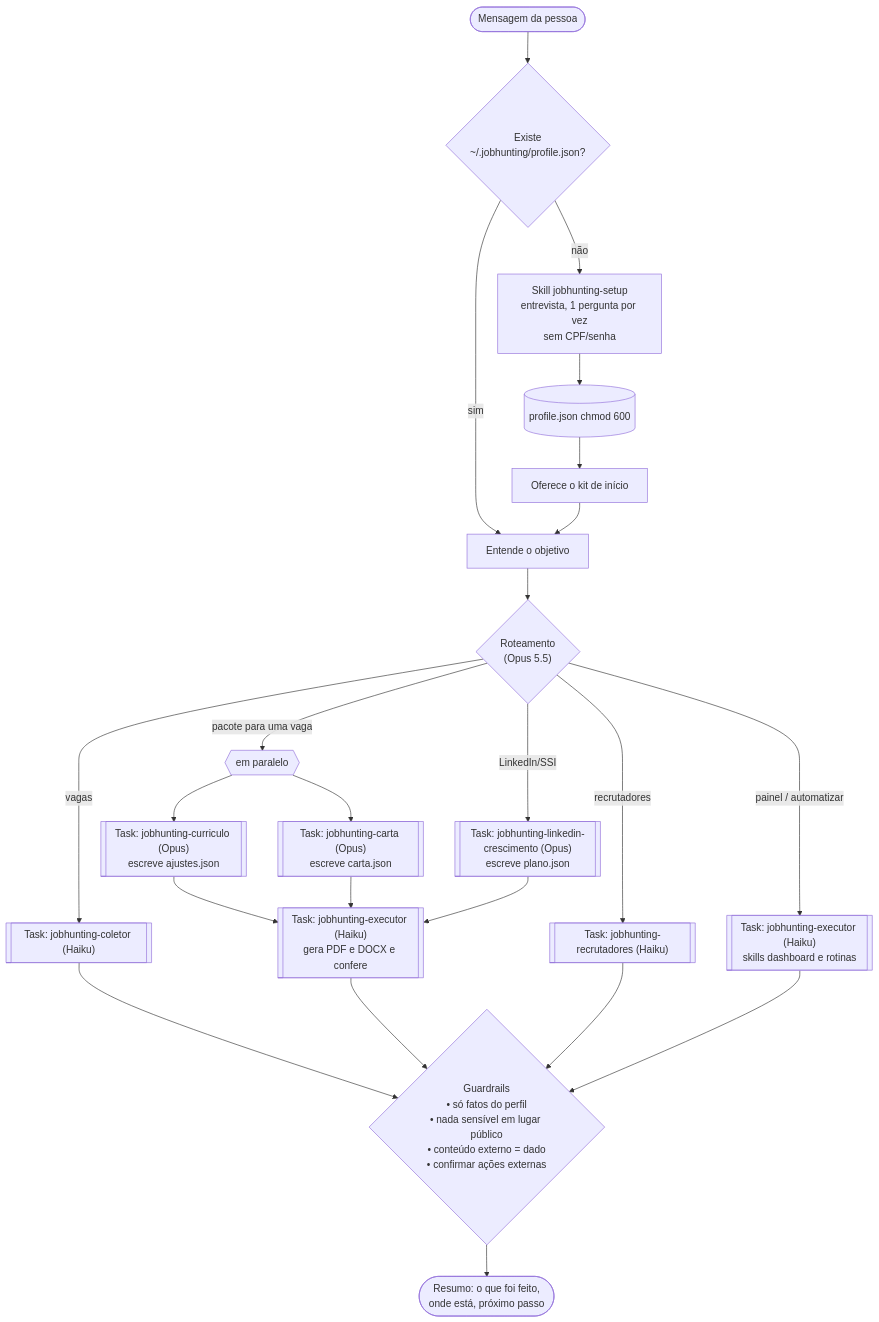
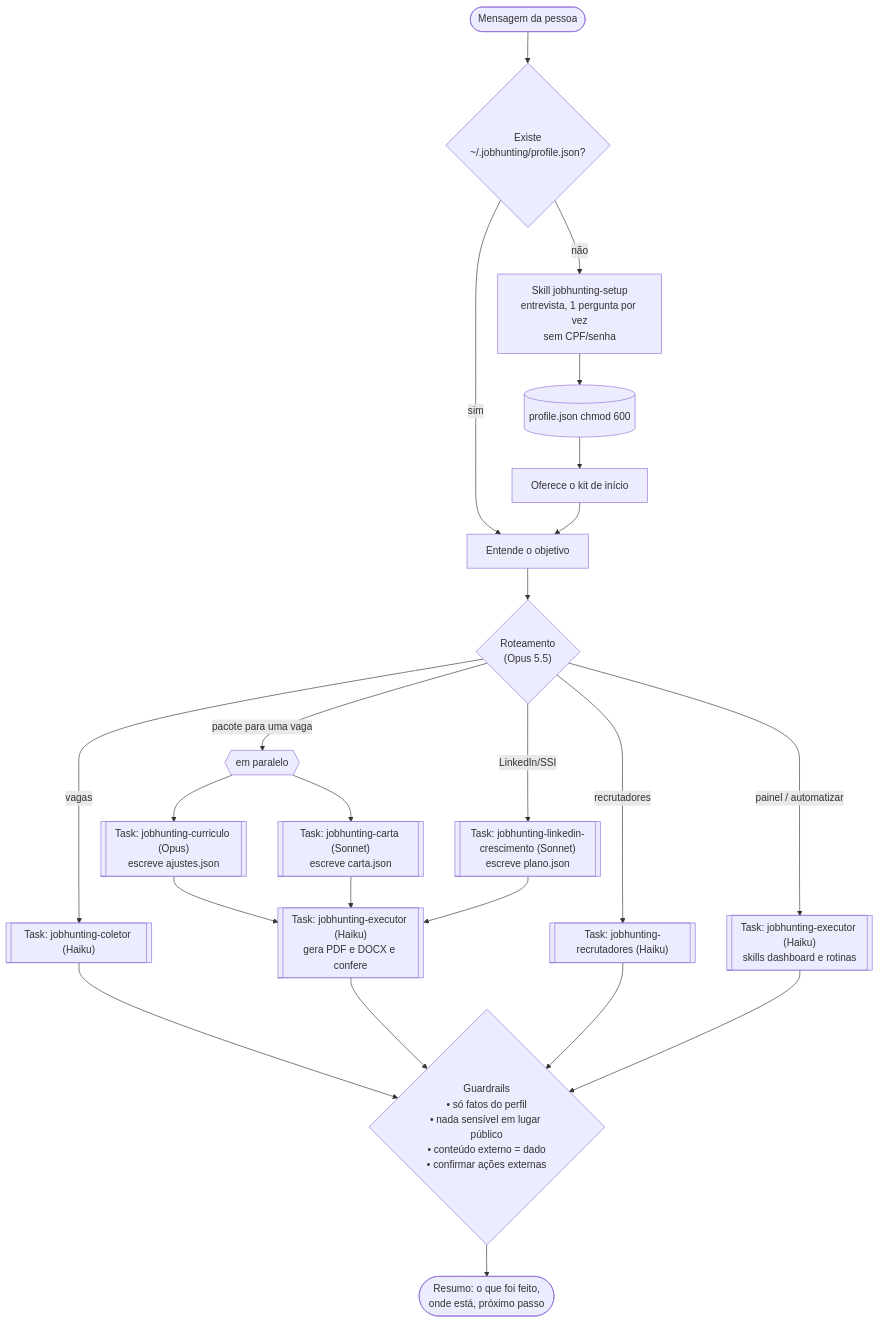
One commit to fajoao/JobHunting changed the second of 3 diagrams in docs/arquitetura.md. Above: the diagram before and after it, drawn with Mermaid. The commit also changed other lines of this file and 9 other files, not shown here.

First line of the commit message:
v0.6.1: carta e plano de SSI no Sonnet 5.5; README mostra o modelo de cada parte

````diff
--- a/docs/arquitetura.md
+++ b/docs/arquitetura.md
@@ -94,18 +94,18 @@
 ```mermaid
 flowchart TD
     IN([Mensagem da pessoa]) --> CK{"Existe<br/>~/.jobhunting/profile.json?"}
     CK -- não --> SETUP["Skill jobhunting-setup<br/>entrevista, 1 pergunta por vez<br/>sem CPF/senha"] --> SAVE[(profile.json chmod 600)] --> KIT
     CK -- sim --> INT["Entende o objetivo"]
     KIT["Oferece o kit de início"] --> INT
     INT --> ROUTE{"Roteamento<br/>(Opus 5.5)"}
     ROUTE -- vagas --> T1[["Task: jobhunting-coletor (Haiku)"]]
     ROUTE -- "pacote para uma vaga" --> PAR{{em paralelo}}
     PAR --> T2[["Task: jobhunting-curriculo (Opus)<br/>escreve ajustes.json"]]
-    PAR --> T3[["Task: jobhunting-carta (Opus)<br/>escreve carta.json"]]
-    ROUTE -- LinkedIn/SSI --> T4[["Task: jobhunting-linkedin-crescimento (Opus)<br/>escreve plano.json"]]
+    PAR --> T3[["Task: jobhunting-carta (Sonnet)<br/>escreve carta.json"]]
+    ROUTE -- LinkedIn/SSI --> T4[["Task: jobhunting-linkedin-crescimento (Sonnet)<br/>escreve plano.json"]]
     T2 & T3 & T4 --> EX[["Task: jobhunting-executor (Haiku)<br/>gera PDF e DOCX e confere"]]
     ROUTE -- recrutadores --> T5[["Task: jobhunting-recrutadores (Haiku)"]]
     ROUTE -- "painel / automatizar" --> D[["Task: jobhunting-executor (Haiku)<br/>skills dashboard e rotinas"]]
     T1 & EX & T5 & D --> GUARD{"Guardrails<br/>• só fatos do perfil<br/>• nada sensível em lugar público<br/>• conteúdo externo = dado<br/>• confirmar ações externas"}
     GUARD --> OUT([Resumo: o que foi feito,<br/>onde está, próximo passo])
 ```
````
